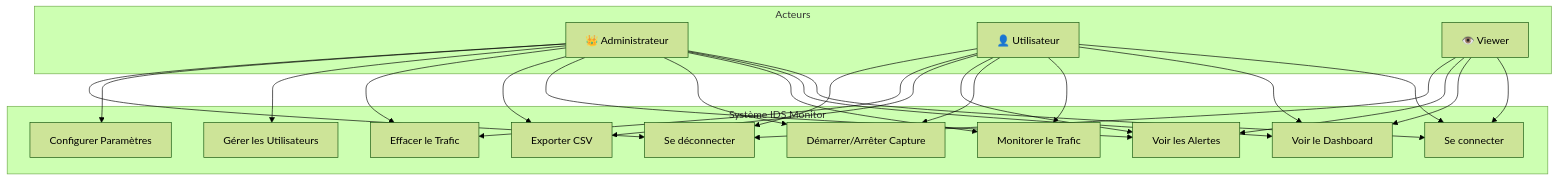
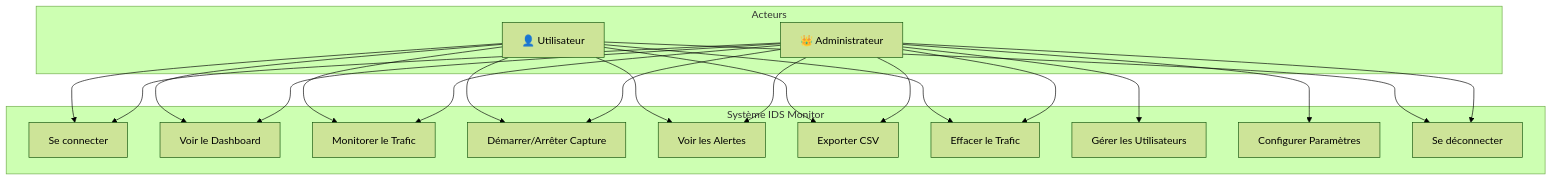
One commit to PIOCCO/IDS changed the first of 6 diagrams in NLPM/docs/UML_Documentation.md. Above: the diagram before and after it, drawn with Mermaid (forest theme). The commit also changed other lines of this file and 1 other file, not shown here.

````diff
--- a/NLPM/docs/UML_Documentation.md
+++ b/NLPM/docs/UML_Documentation.md
@@ -15,46 +15,40 @@
 ```mermaid
 graph TB
     subgraph Acteurs
         Admin["👑 Administrateur"]
         User["👤 Utilisateur"]
-        Viewer["👁️ Viewer"]
     end
     
     subgraph "Système IDS Monitor"
         UC1["Se connecter"]
         UC2["Voir le Dashboard"]
         UC3["Monitorer le Trafic"]
         UC4["Démarrer/Arrêter Capture"]
         UC5["Voir les Alertes"]
         UC6["Exporter CSV"]
         UC7["Effacer le Trafic"]
         UC8["Gérer les Utilisateurs"]
         UC9["Configurer Paramètres"]
         UC10["Se déconnecter"]
     end
     
     Admin --> UC1
     Admin --> UC2
     Admin --> UC3
     Admin --> UC4
     Admin --> UC5
     Admin --> UC6
     Admin --> UC7
     Admin --> UC8
     Admin --> UC9
     Admin --> UC10
     
     User --> UC1
     User --> UC2
     User --> UC3
     User --> UC4
     User --> UC5
     User --> UC6
     User --> UC7
     User --> UC10
-    
-    Viewer --> UC1
-    Viewer --> UC2
-    Viewer --> UC5
-    Viewer --> UC10
 ```
````
